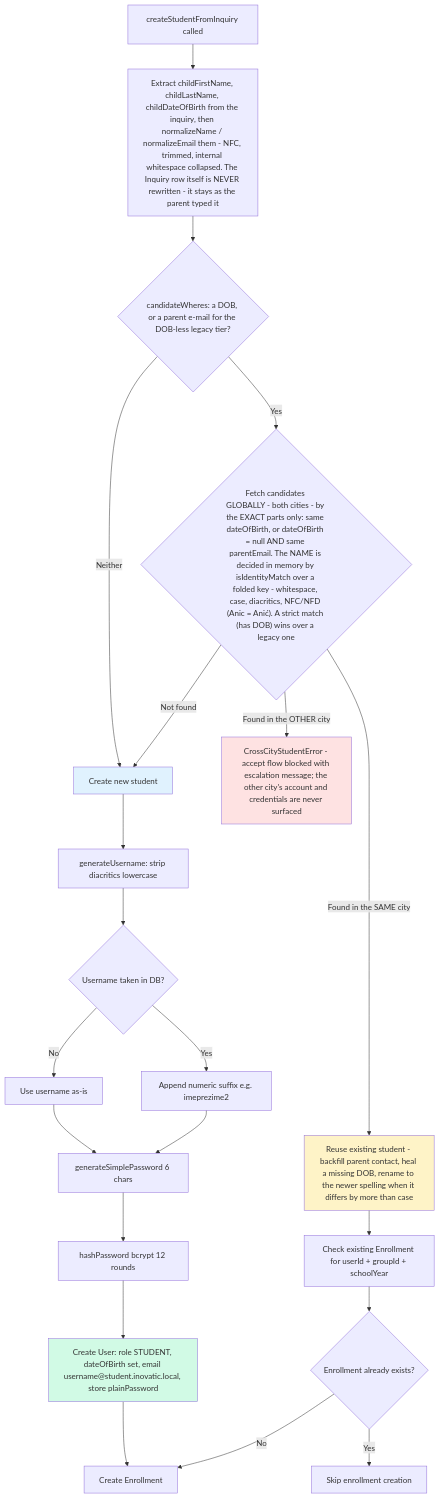
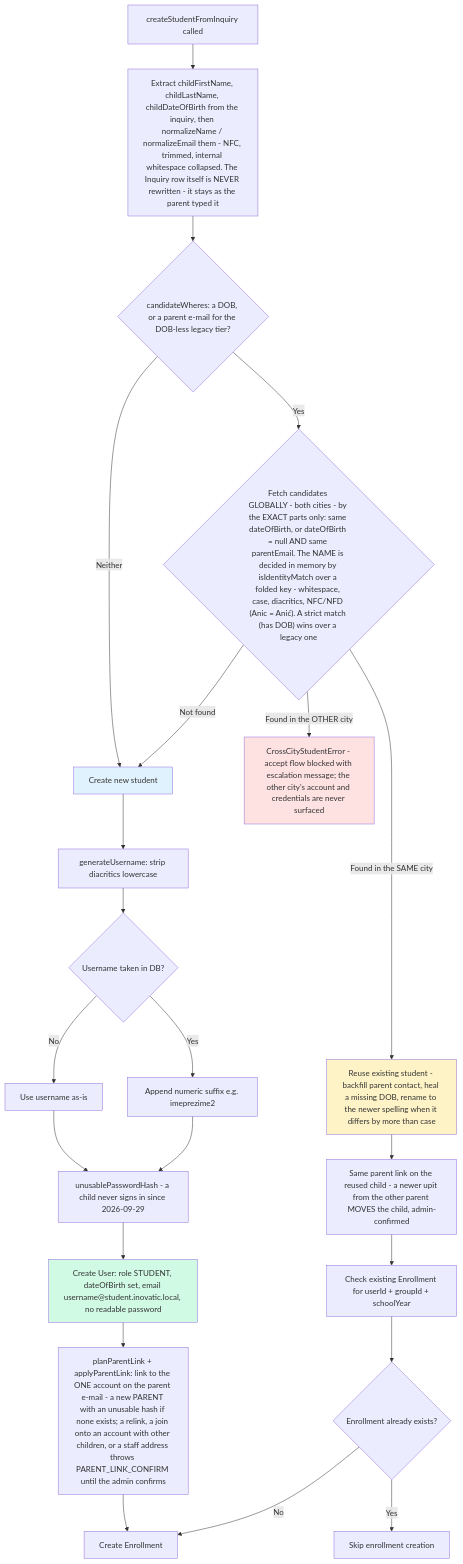
The eighth of 17 diagrams in docs/diagrams/enrollment-rules.md (jpucic00/inovatic), drawn with Mermaid before and after one commit. The commit also changed other lines of this file and 22 other files, not shown here.

````diff
--- a/docs/diagrams/enrollment-rules.md
+++ b/docs/diagrams/enrollment-rules.md
@@ -360,30 +364,31 @@
 ```mermaid
 flowchart TD
     A[createStudentFromInquiry called] --> B["Extract childFirstName, childLastName, childDateOfBirth from the inquiry, then normalizeName / normalizeEmail them - NFC, trimmed, internal whitespace collapsed. The Inquiry row itself is NEVER rewritten - it stays as the parent typed it"]
     B --> C{"candidateWheres: a DOB, or a parent e-mail for the DOB-less legacy tier?"}
     C -->|Neither| NEW[Create new student]
     C -->|Yes| D{"Fetch candidates GLOBALLY - both cities - by the EXACT parts only: same dateOfBirth, or dateOfBirth = null AND same parentEmail. The NAME is decided in memory by isIdentityMatch over a folded key - whitespace, case, diacritics, NFC/NFD (Anic = Anić). A strict match (has DOB) wins over a legacy one"}
     D -->|Found in the SAME city| REUSE["Reuse existing student - backfill parent contact, heal a missing DOB, rename to the newer spelling when it differs by more than case"]
     D -->|Found in the OTHER city| BLOCK["CrossCityStudentError - accept flow blocked with escalation message; the other city's account and credentials are never surfaced"]
     D -->|Not found| NEW
 
     NEW --> G[generateUsername: strip diacritics lowercase]
     G --> H{Username taken in DB?}
     H -->|No| I[Use username as-is]
     H -->|Yes| J[Append numeric suffix e.g. imeprezime2]
-    I --> K[generateSimplePassword 6 chars]
+    I --> K["unusablePasswordHash - a child never signs in since 2026-09-29"]
     J --> K
-    K --> L[hashPassword bcrypt 12 rounds]
-    L --> M["Create User: role STUDENT, dateOfBirth set, email username@student.inovatic.local, store plainPassword"]
+    K --> M["Create User: role STUDENT, dateOfBirth set, email username@student.inovatic.local, no readable password"]
+    M --> PL["planParentLink + applyParentLink: link to the ONE account on the parent e-mail - a new PARENT with an unusable hash if none exists; a relink, a join onto an account with other children, or a staff address throws PARENT_LINK_CONFIRM until the admin confirms"]
+    REUSE --> PL2["Same parent link on the reused child - a newer upit from the other parent MOVES the child, admin-confirmed"]
 
-    REUSE --> N[Check existing Enrollment for userId + groupId + schoolYear]
-    M --> N2[Create Enrollment]
+    PL2 --> N[Check existing Enrollment for userId + groupId + schoolYear]
+    PL --> N2[Create Enrollment]
     N --> O{Enrollment already exists?}
     O -->|Yes| P[Skip enrollment creation]
     O -->|No| N2
 
     style NEW fill:#e0f2fe
     style REUSE fill:#fef3c7
     style BLOCK fill:#fee2e2
     style M fill:#d1fae5
 ```
````
